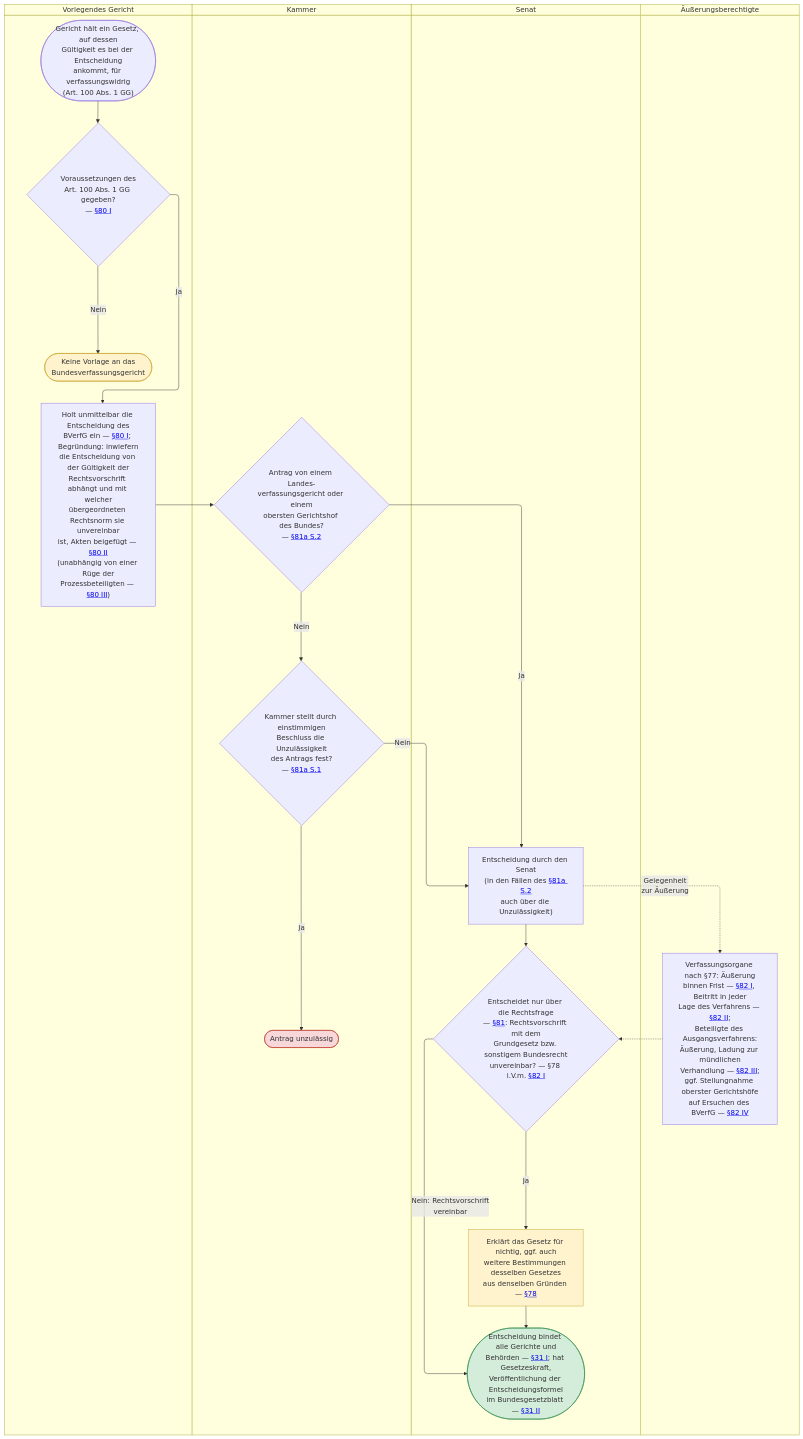
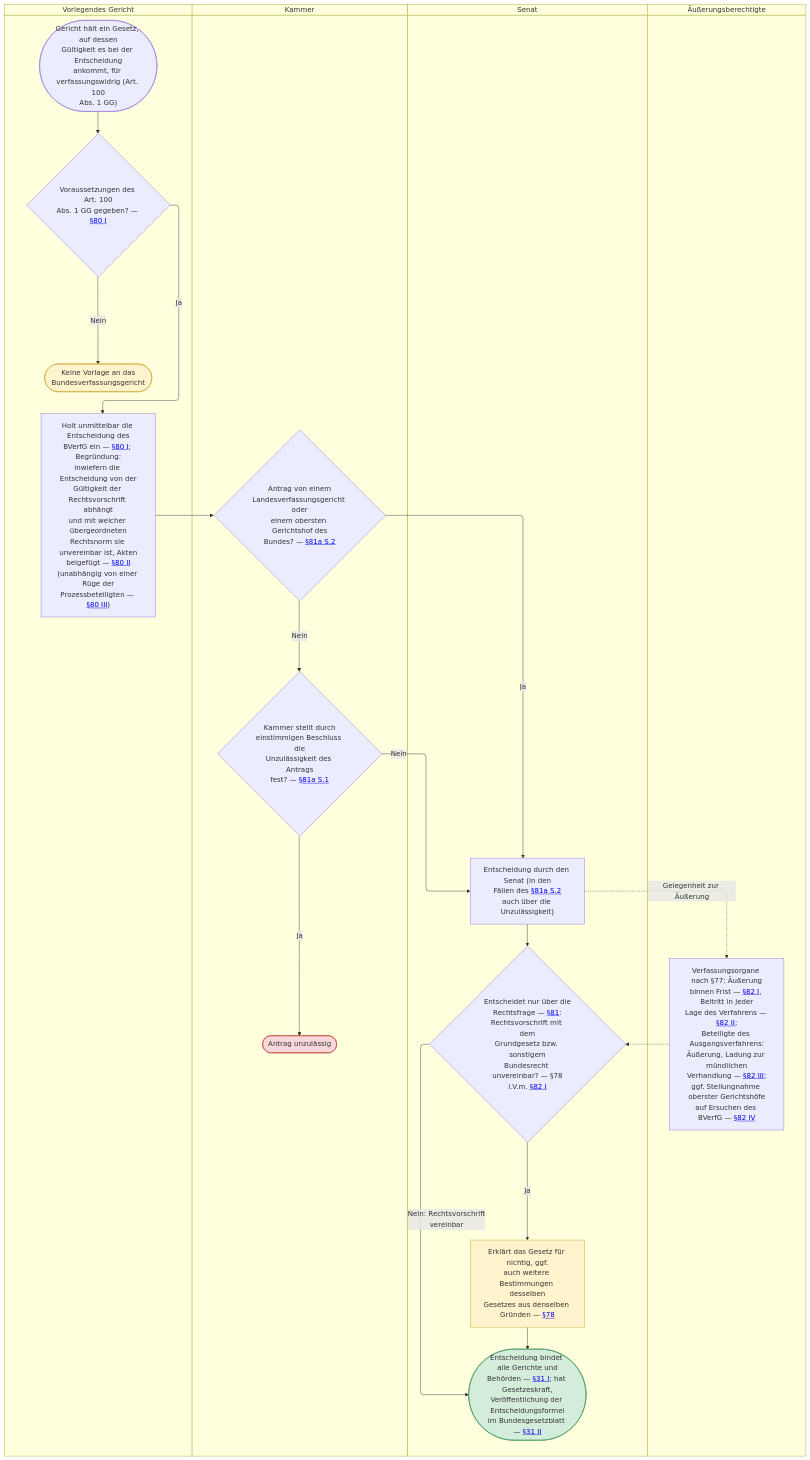
The diagram in src/content/ki-visualisierungen/BVerfGG/konkrete_normenkontrolle.mmd (digitalservicebund/zfl-website), drawn with Mermaid before and after one commit. The commit also changed 167 other files, not shown here.

Commit message:
refactor(ki-visualisierungen): re-flow older charts

```diff
--- a/src/content/ki-visualisierungen/BVerfGG/konkrete_normenkontrolle.mmd
+++ b/src/content/ki-visualisierungen/BVerfGG/konkrete_normenkontrolle.mmd
@@ -1,48 +1,48 @@
 ---
 summary: "Zeigt das Vorlageverfahren der konkreten Normenkontrolle nach Art. 100 GG mit vorlegendem Gericht, Kammer, Senat und Äußerungsberechtigten: Vorlage und Begründung, Zulässigkeitsprüfung durch die Kammer und die auf die Rechtsfrage beschränkte Entscheidung des Senats."
 ---
 swimlane-beta TD
     subgraph VG["Vorlegendes Gericht"]
-        start(["Gericht hält ein Gesetz, auf dessen<br/>Gültigkeit es bei der Entscheidung<br/>ankommt, für verfassungswidrig<br/>(Art. 100 Abs. 1 GG)"])
-        v100{"Voraussetzungen des<br/>Art. 100 Abs. 1 GG gegeben?<br/>— <a href='{{ELI}}#art-z80_abs-z1' target='_blank' rel='noopener'>§80 I</a>"}
+        start(["Gericht hält ein Gesetz, auf dessen<br/>Gültigkeit es bei der Entscheidung<br/>ankommt, für verfassungswidrig (Art. 100<br/>Abs. 1 GG)"])
+        v100{"Voraussetzungen des Art. 100<br/>Abs. 1 GG gegeben? — <a href='{{ELI}}#art-z80_abs-z1' target='_blank' rel='noopener'>§80 I</a>"}
         keineVorlage(["Keine Vorlage an das<br/>Bundesverfassungsgericht"])
-        vorlage["Holt unmittelbar die Entscheidung des<br/>BVerfG ein — <a href='{{ELI}}#art-z80_abs-z1' target='_blank' rel='noopener'>§80 I</a>; Begründung: inwiefern<br/>die Entscheidung von der Gültigkeit der<br/>Rechtsvorschrift abhängt und mit welcher<br/>übergeordneten Rechtsnorm sie unvereinbar<br/>ist, Akten beigefügt — <a href='{{ELI}}#art-z80_abs-z2' target='_blank' rel='noopener'>§80 II</a><br/>(unabhängig von einer Rüge der<br/>Prozessbeteiligten — <a href='{{ELI}}#art-z80_abs-z3' target='_blank' rel='noopener'>§80 III</a>)"]
+        vorlage["Holt unmittelbar die Entscheidung des<br/>BVerfG ein — <a href='{{ELI}}#art-z80_abs-z1' target='_blank' rel='noopener'>§80 I</a>; Begründung:<br/>inwiefern die Entscheidung von der<br/>Gültigkeit der Rechtsvorschrift abhängt<br/>und mit welcher übergeordneten<br/>Rechtsnorm sie unvereinbar ist, Akten<br/>beigefügt — <a href='{{ELI}}#art-z80_abs-z2' target='_blank' rel='noopener'>§80 II</a><br/>(unabhängig von einer Rüge der<br/>Prozessbeteiligten — <a href='{{ELI}}#art-z80_abs-z3' target='_blank' rel='noopener'>§80 III</a>)"]
     end
 
     subgraph K["Kammer"]
-        vorbehalt{"Antrag von einem Landes-<br/>verfassungsgericht oder einem<br/>obersten Gerichtshof des Bundes?<br/>— <a href='{{ELI}}/art-z81a' target='_blank' rel='noopener'>§81a S.2</a>"}
-        kammer{"Kammer stellt durch einstimmigen<br/>Beschluss die Unzulässigkeit<br/>des Antrags fest?<br/>— <a href='{{ELI}}/art-z81a' target='_blank' rel='noopener'>§81a S.1</a>"}
+        vorbehalt{"Antrag von einem<br/>Landesverfassungsgericht oder<br/>einem obersten Gerichtshof des<br/>Bundes? — <a href='{{ELI}}/art-z81a' target='_blank' rel='noopener'>§81a S.2</a>"}
+        kammer{"Kammer stellt durch<br/>einstimmigen Beschluss die<br/>Unzulässigkeit des Antrags<br/>fest? — <a href='{{ELI}}/art-z81a' target='_blank' rel='noopener'>§81a S.1</a>"}
         unzulaessig(["Antrag unzulässig"])
     end
 
     subgraph S["Senat"]
-        senat["Entscheidung durch den Senat<br/>(in den Fällen des <a href='{{ELI}}/art-z81a' target='_blank' rel='noopener'>§81a S.2</a><br/>auch über die Unzulässigkeit)"]
-        rechtsfrage{"Entscheidet nur über die Rechtsfrage<br/>— <a href='{{ELI}}/art-z81' target='_blank' rel='noopener'>§81</a>: Rechtsvorschrift mit dem<br/>Grundgesetz bzw. sonstigem Bundesrecht<br/>unvereinbar? — §78 i.V.m. <a href='{{ELI}}#art-z82_abs-z1' target='_blank' rel='noopener'>§82 I</a>"}
-        nichtig["Erklärt das Gesetz für nichtig, ggf. auch<br/>weitere Bestimmungen desselben Gesetzes<br/>aus denselben Gründen — <a href='{{ELI}}/art-z78' target='_blank' rel='noopener'>§78</a>"]
+        senat["Entscheidung durch den Senat (in den<br/>Fällen des <a href='{{ELI}}/art-z81a' target='_blank' rel='noopener'>§81a S.2</a><br/>auch über die Unzulässigkeit)"]
+        rechtsfrage{"Entscheidet nur über die<br/>Rechtsfrage — <a href='{{ELI}}/art-z81' target='_blank' rel='noopener'>§81</a>:<br/>Rechtsvorschrift mit dem<br/>Grundgesetz bzw. sonstigem<br/>Bundesrecht unvereinbar? — §78<br/>i.V.m. <a href='{{ELI}}#art-z82_abs-z1' target='_blank' rel='noopener'>§82 I</a>"}
+        nichtig["Erklärt das Gesetz für nichtig, ggf.<br/>auch weitere Bestimmungen desselben<br/>Gesetzes aus denselben Gründen — <a href='{{ELI}}/art-z78' target='_blank' rel='noopener'>§78</a>"]
         bindung(["Entscheidung bindet alle Gerichte und<br/>Behörden — <a href='{{ELI}}#art-z31_abs-z1' target='_blank' rel='noopener'>§31 I</a>; hat Gesetzeskraft,<br/>Veröffentlichung der Entscheidungsformel<br/>im Bundesgesetzblatt — <a href='{{ELI}}#art-z31_abs-z2' target='_blank' rel='noopener'>§31 II</a>"])
     end
 
     subgraph AE["Äußerungsberechtigte"]
         aeusserung["Verfassungsorgane nach §77: Äußerung<br/>binnen Frist — <a href='{{ELI}}#art-z82_abs-z1' target='_blank' rel='noopener'>§82 I</a>, Beitritt in jeder<br/>Lage des Verfahrens — <a href='{{ELI}}#art-z82_abs-z2' target='_blank' rel='noopener'>§82 II</a>;<br/>Beteiligte des Ausgangsverfahrens:<br/>Äußerung, Ladung zur mündlichen<br/>Verhandlung — <a href='{{ELI}}#art-z82_abs-z3' target='_blank' rel='noopener'>§82 III</a>;<br/>ggf. Stellungnahme oberster Gerichtshöfe<br/>auf Ersuchen des BVerfG — <a href='{{ELI}}#art-z82_abs-z4' target='_blank' rel='noopener'>§82 IV</a>"]
     end
 
     start --> v100
     v100 -->|Nein| keineVorlage
     v100 -->|Ja| vorlage
     vorlage --> vorbehalt
     vorbehalt -->|Ja| senat
     vorbehalt -->|Nein| kammer
     kammer -->|Ja| unzulaessig
     kammer -->|Nein| senat
-    senat -.->|"Gelegenheit<br/>zur Äußerung"| aeusserung
+    senat -.->|"Gelegenheit zur Äußerung"| aeusserung
     aeusserung -.-> rechtsfrage
     senat --> rechtsfrage
     rechtsfrage -->|Ja| nichtig
     rechtsfrage -->|"Nein: Rechtsvorschrift<br/>vereinbar"| bindung
     nichtig --> bindung
     keineVorlage ~~~ vorlage
 
     style keineVorlage fill:#fff3cd,stroke:#c9a227
     style unzulaessig fill:#f8d7da,stroke:#c0392b
     style nichtig fill:#fff3cd,stroke:#c9a227
     style bindung fill:#d4edda,stroke:#2d8a4a
```
